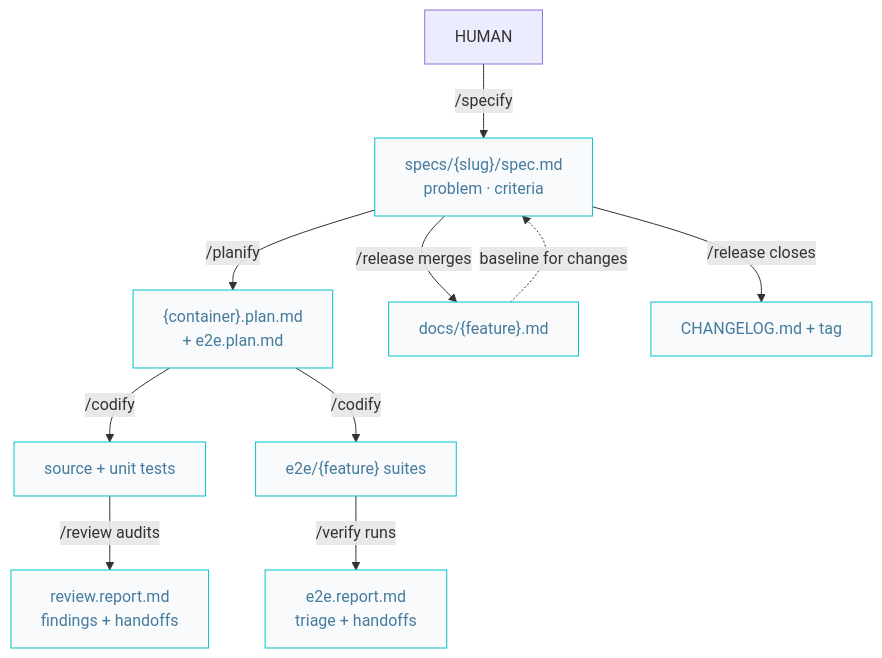
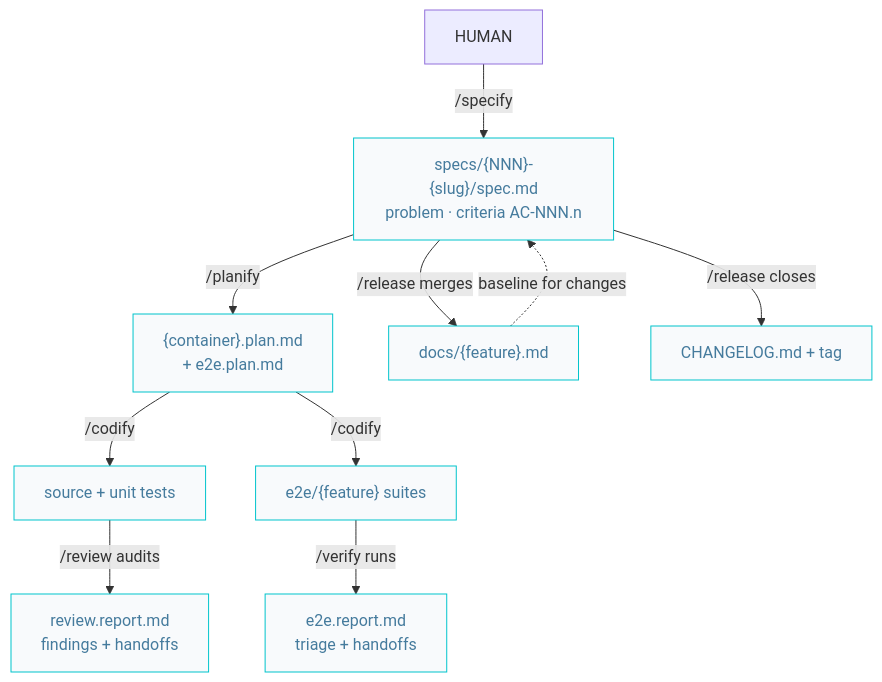
Before and after one commit to AIDDbot/AIDDbot: the fourth of 7 diagrams in docs/AIDD.diagrams.md, drawn with Mermaid. The commit also changed other lines of this file and 19 other files, not shown here.

````diff
--- a/docs/AIDD.diagrams.md
+++ b/docs/AIDD.diagrams.md
@@ -82,24 +83,24 @@
 ```mermaid
 flowchart TD
   classDef nd fill:#f8fafc,stroke:#00c4cc,color:#457b9d
 
   HUM[HUMAN]
-  SPC["specs/{slug}/spec.md<br/>problem · criteria"]:::nd
+  SPC["specs/{NNN}-{slug}/spec.md<br/>problem · criteria AC-NNN.n"]:::nd
   PLN["{container}.plan.md<br/>+ e2e.plan.md"]:::nd
   SRC["source + unit tests"]:::nd
   E2E["e2e/{feature} suites"]:::nd
   RPT["e2e.report.md<br/>triage + handoffs"]:::nd
   RVR["review.report.md<br/>findings + handoffs"]:::nd
   DOC["docs/{feature}.md"]:::nd
   CHL["CHANGELOG.md + tag"]:::nd
 
   HUM -->|/specify| SPC
   SPC -->|/planify| PLN
   PLN -->|/codify| SRC
   PLN -->|/codify| E2E
   E2E -->|/verify runs| RPT
   SRC -->|/review audits| RVR
   SPC -->|/release closes| CHL
   SPC -->|/release merges| DOC
   DOC -.baseline for changes.-> SPC
 ```
````
